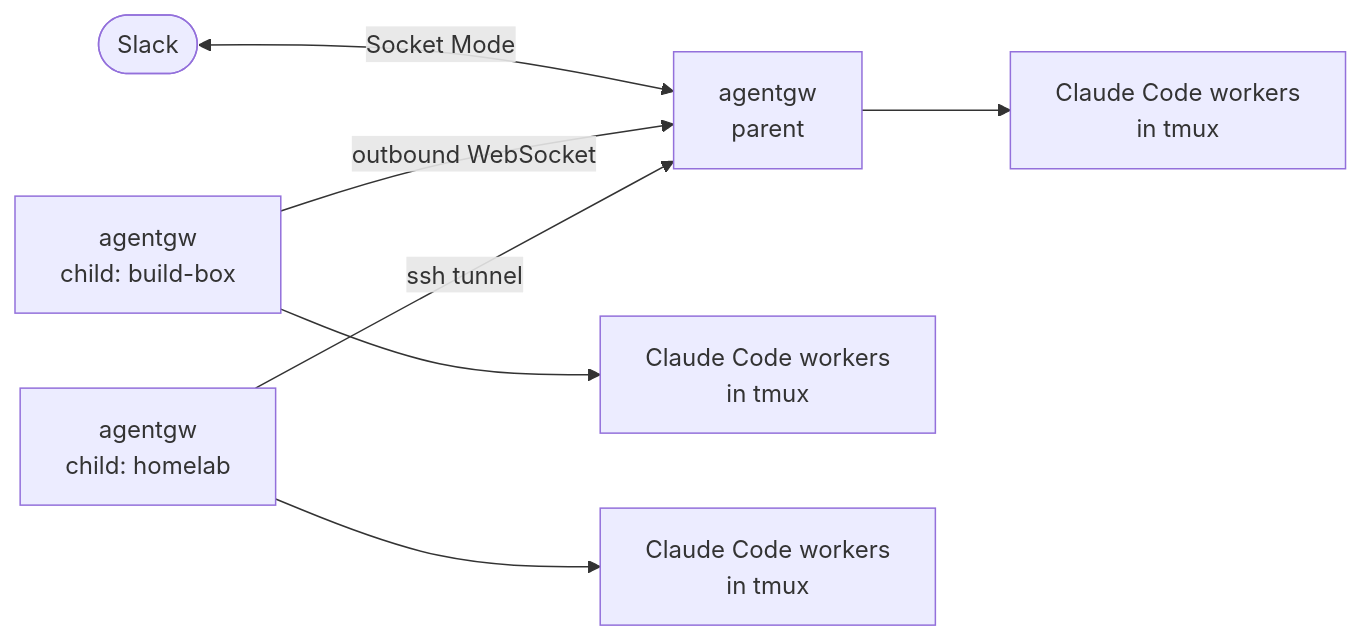
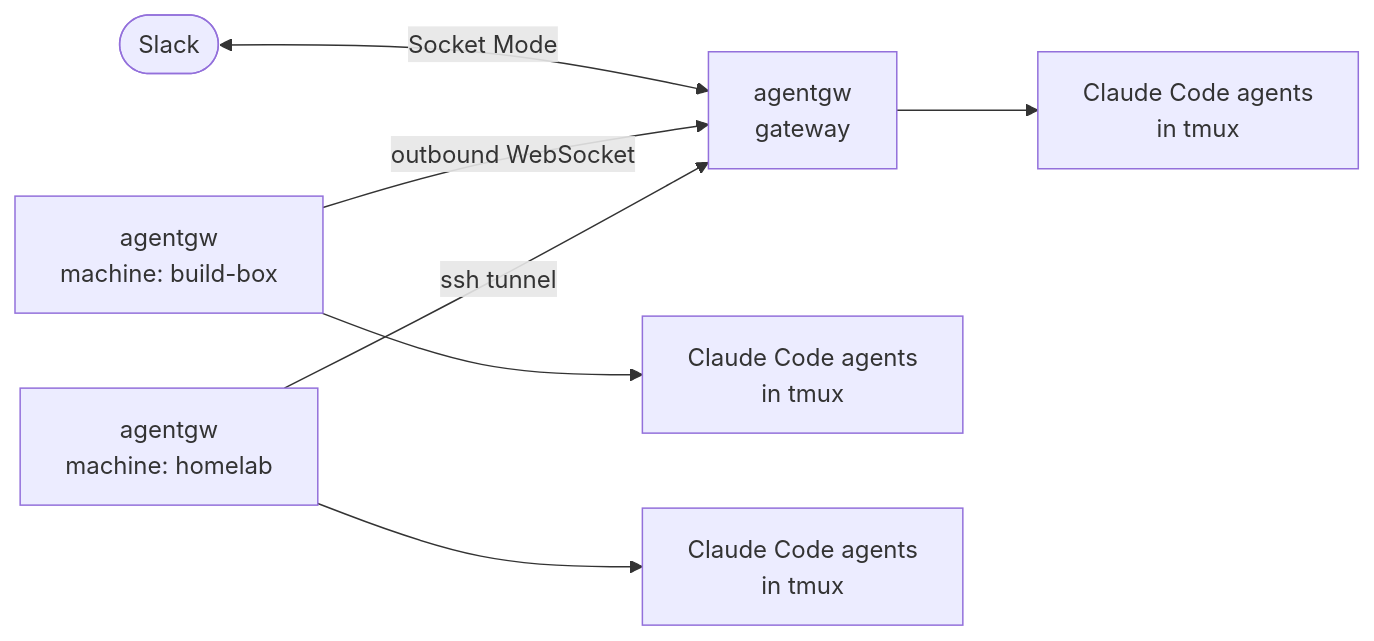
Before and after one commit to takashito/agentgw: the diagram in README.md, drawn with Mermaid. The commit also changed other lines of this file and 20 other files, not shown here.

````diff
--- a/README.md
+++ b/README.md
@@ -115,9 +115,9 @@
 ```mermaid
 flowchart LR
-    S(["Slack"]) <-->|Socket Mode| P["agentgw<br/>parent"]
-    P --> WP["Claude Code workers<br/>in tmux"]
-    C1["agentgw<br/>child: build-box"] -->|outbound WebSocket| P
-    C2["agentgw<br/>child: homelab"] -->|ssh tunnel| P
-    C1 --> W1["Claude Code workers<br/>in tmux"]
-    C2 --> W2["Claude Code workers<br/>in tmux"]
+    S(["Slack"]) <-->|Socket Mode| P["agentgw<br/>gateway"]
+    P --> WP["Claude Code agents<br/>in tmux"]
+    C1["agentgw<br/>machine: build-box"] -->|outbound WebSocket| P
+    C2["agentgw<br/>machine: homelab"] -->|ssh tunnel| P
+    C1 --> W1["Claude Code agents<br/>in tmux"]
+    C2 --> W2["Claude Code agents<br/>in tmux"]
 ```
````
